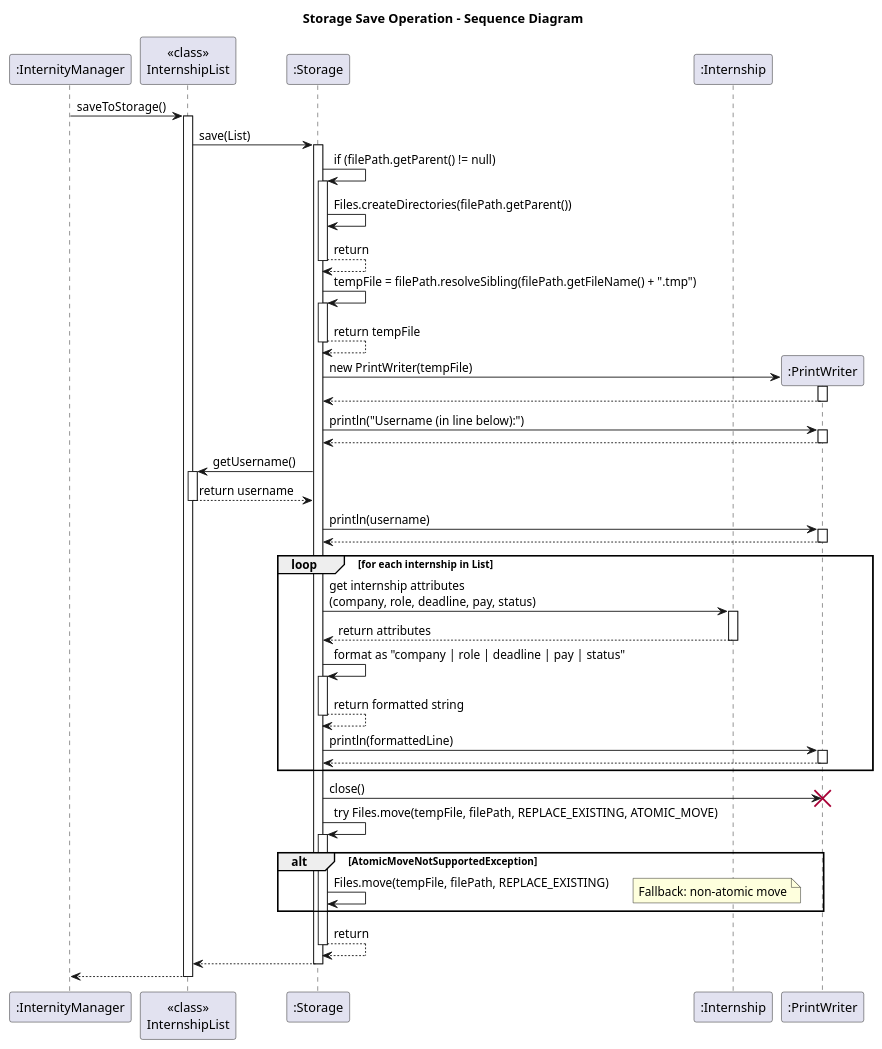
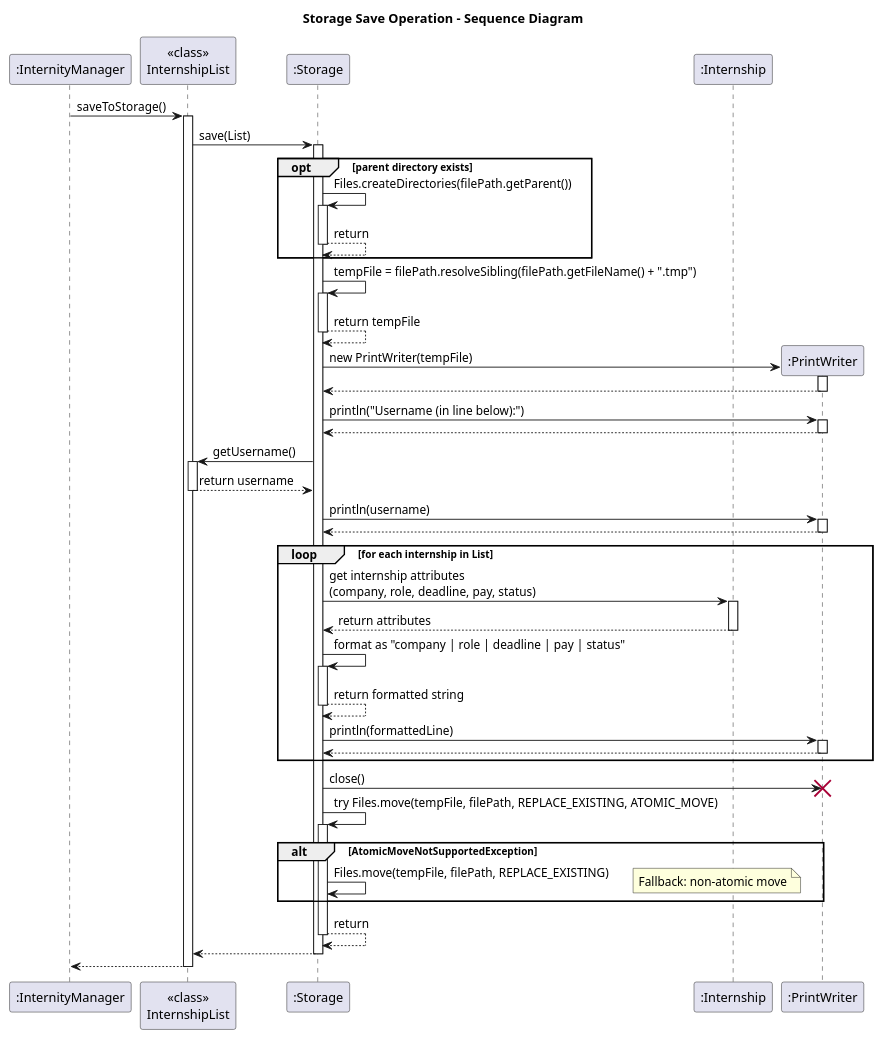
The diagram in docs/diagrams/StorageSaveSD.puml (AY2526S1-CS2113-W14-4/tp), drawn with PlantUML before and after one commit. The commit also changed 1 other file, not shown here.

```diff
--- a/docs/diagrams/StorageSaveSD.puml
+++ b/docs/diagrams/StorageSaveSD.puml
@@ -1,81 +1,82 @@
 @startuml
 title Storage Save Operation - Sequence Diagram
 
 participant ":InternityManager" as IM
 participant "<<class>>\nInternshipList" as IL
 participant ":Storage" as S
 participant ":Internship" as Intern
 
 IM -> IL: saveToStorage()
 activate IL
 IL -> S: save(List)
 activate S
 
 ' === Directory check ===
-S -> S: if (filePath.getParent() != null)
-activate S
-S -> S: Files.createDirectories(filePath.getParent())
-S --> S: return
-deactivate S
+opt parent directory exists
+    S -> S: Files.createDirectories(filePath.getParent())
+    activate S
+    S --> S: return
+    deactivate S
+end
 
 ' === Create temp file ===
 S -> S: tempFile = filePath.resolveSibling(filePath.getFileName() + ".tmp")
 activate S
 S --> S: return tempFile
 deactivate S
 
 ' === Write to temp file ===
 create ":PrintWriter" as PW
 S -> PW**: new PrintWriter(tempFile)
 activate PW
 return
 
 S -> PW: println("Username (in line below):")
 activate PW
 PW --> S
 deactivate PW
 S -> IL: getUsername()
 activate IL
 IL --> S: return username
 deactivate IL
 S -> PW: println(username)
 activate PW
 PW --> S
 deactivate PW
 
 loop for each internship in List
     S -> Intern: get internship attributes\n(company, role, deadline, pay, status)
     activate Intern
     Intern --> S: return attributes
     deactivate Intern
 
     S -> S: format as "company | role | deadline | pay | status"
     activate S
     S --> S: return formatted string
     deactivate S
 
     S -> PW: println(formattedLine)
     activate PW
     PW --> S
     deactivate PW
 end
 
 S -> PW: close()
 deactivate PW
 destroy PW
 
 ' === Atomic move ===
 S -> S: try Files.move(tempFile, filePath, REPLACE_EXISTING, ATOMIC_MOVE)
 activate S
 alt AtomicMoveNotSupportedException
     S -> S: Files.move(tempFile, filePath, REPLACE_EXISTING)
     note right: Fallback: non-atomic move
 end
 S --> S: return
 deactivate S
 
 S --> IL
 deactivate S
 IL --> IM
 deactivate IL
 @enduml
```
